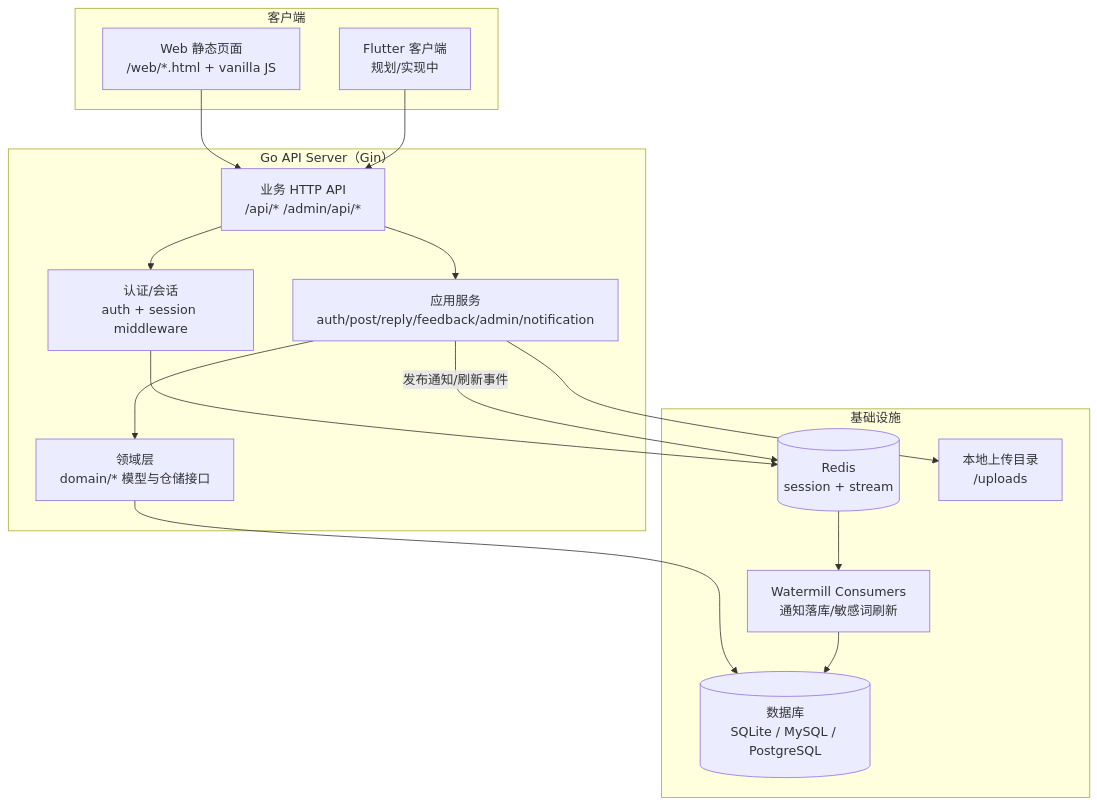
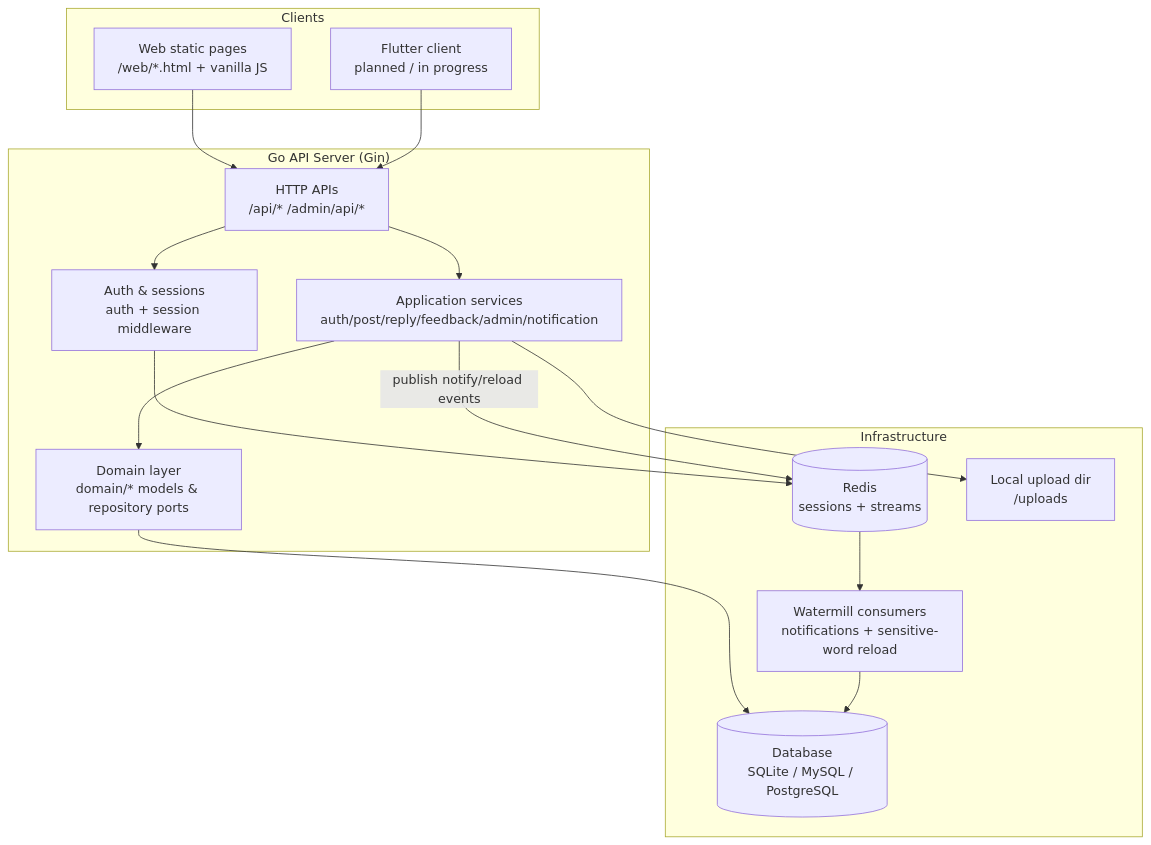
One commit to lpxxn/blink changed the diagram in README.md. Above: the diagram before and after it, drawn with Mermaid. The commit also changed other lines of this file and 1 other file, not shown here.

````diff
--- a/README.md
+++ b/README.md
@@ -45,33 +47,33 @@
 ```mermaid
 flowchart TB
-  subgraph Clients["客户端"]
-    Web["Web 静态页面<br/>/web/*.html + vanilla JS"]
-    Flutter["Flutter 客户端<br/>规划/实现中"]
+  subgraph Clients["Clients"]
+    Web["Web static pages<br/>/web/*.html + vanilla JS"]
+    Flutter["Flutter client<br/>planned / in progress"]
   end
 
-  subgraph API["Go API Server（Gin）"]
-    Auth["认证/会话<br/>auth + session middleware"]
-    HTTP["业务 HTTP API<br/>/api/* /admin/api/*"]
-    App["应用服务<br/>auth/post/reply/feedback/admin/notification"]
-    Domain["领域层<br/>domain/* 模型与仓储接口"]
+  subgraph API["Go API Server (Gin)"]
+    Auth["Auth & sessions<br/>auth + session middleware"]
+    HTTP["HTTP APIs<br/>/api/* /admin/api/*"]
+    App["Application services<br/>auth/post/reply/feedback/admin/notification"]
+    Domain["Domain layer<br/>domain/* models & repository ports"]
   end
 
-  subgraph Infra["基础设施"]
-    DB[("数据库<br/>SQLite / MySQL / PostgreSQL")]
-    Redis[("Redis<br/>session + stream")]
-    Uploads["本地上传目录<br/>/uploads"]
-    Watermill["Watermill Consumers<br/>通知落库/敏感词刷新"]
+  subgraph Infra["Infrastructure"]
+    DB[("Database<br/>SQLite / MySQL / PostgreSQL")]
+    Redis[("Redis<br/>sessions + streams")]
+    Uploads["Local upload dir<br/>/uploads"]
+    Watermill["Watermill consumers<br/>notifications + sensitive-word reload"]
   end
 
   Web --> HTTP
   Flutter --> HTTP
   HTTP --> Auth
   HTTP --> App
   App --> Domain
   Domain --> DB
   Auth --> Redis
   App --> Uploads
-  App -- 发布通知/刷新事件 --> Redis
+  App -- publish notify/reload events --> Redis
   Redis --> Watermill
   Watermill --> DB
 ```
````
